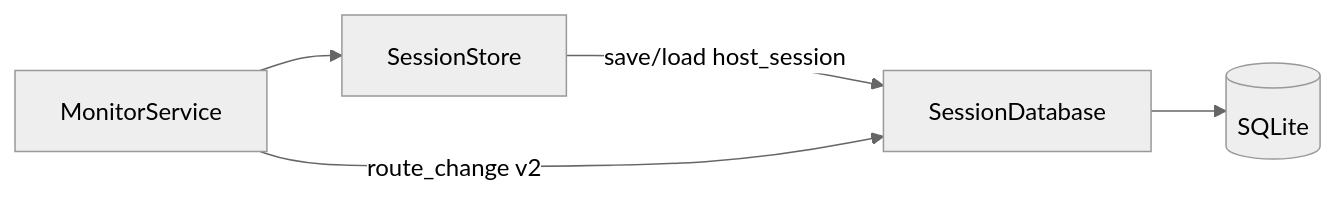
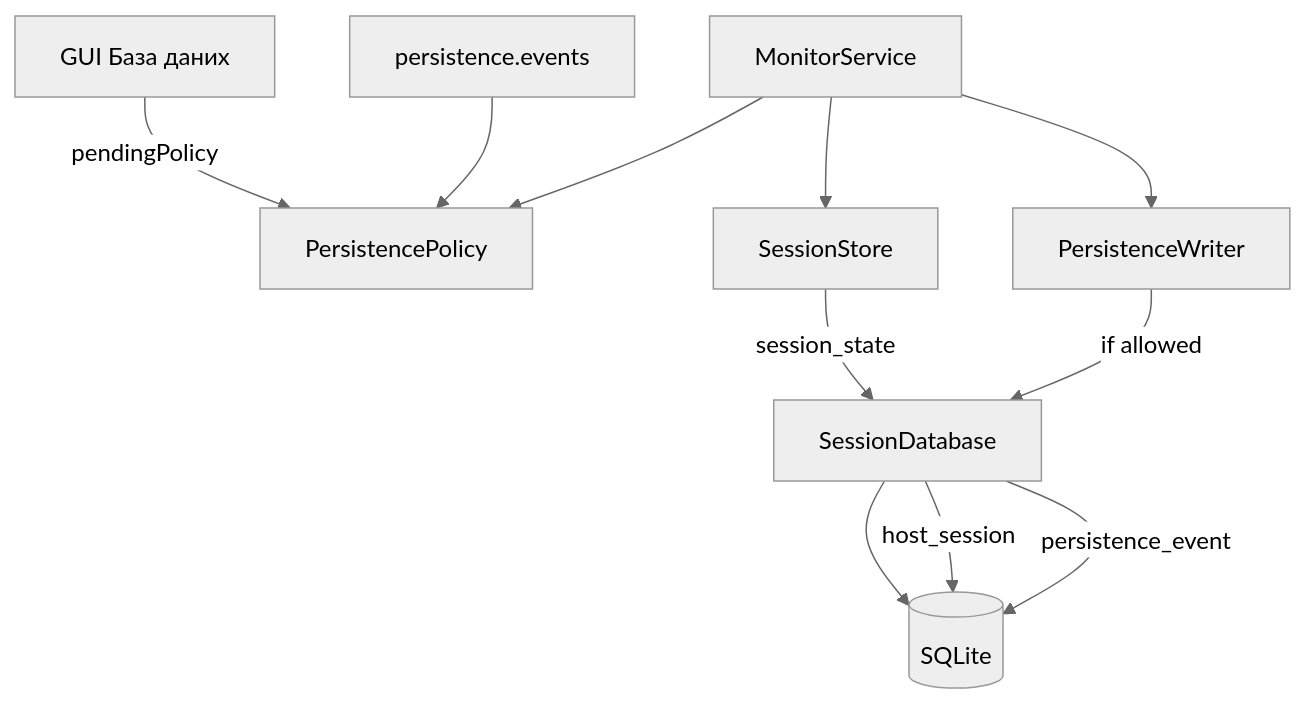
The diagram in docs/SPIKE_PERSISTENCE.md (sesquicadaver/PINGUI), drawn with Mermaid (neutral theme) before and after one commit. The commit also changed other lines of this file and 4 other files, not shown here.

First line of the commit message:
Document persistence event policy in SPIKE (P11-002).

````diff
--- a/docs/SPIKE_PERSISTENCE.md
+++ b/docs/SPIKE_PERSISTENCE.md
@@ -120,11 +200,21 @@
 ```mermaid
-flowchart LR
+flowchart TB
   MS[MonitorService]
+  PP[PersistencePolicy]
+  PW[PersistenceWriter]
   SS[SessionStore]
   SD[SessionDatabase]
   DB[(SQLite)]
+  UI[GUI База даних]
+  YAML[persistence.events]
+  MS --> PP
+  UI -->|pendingPolicy| PP
+  YAML --> PP
   MS --> SS
-  SS -->|save/load host_session| SD
+  SS -->|session_state| SD
+  MS --> PW
+  PW -->|if allowed| SD
   SD --> DB
-  MS -->|route_change v2| SD
+  SD -->|host_session| DB
+  SD -->|persistence_event| DB
 ```
````
